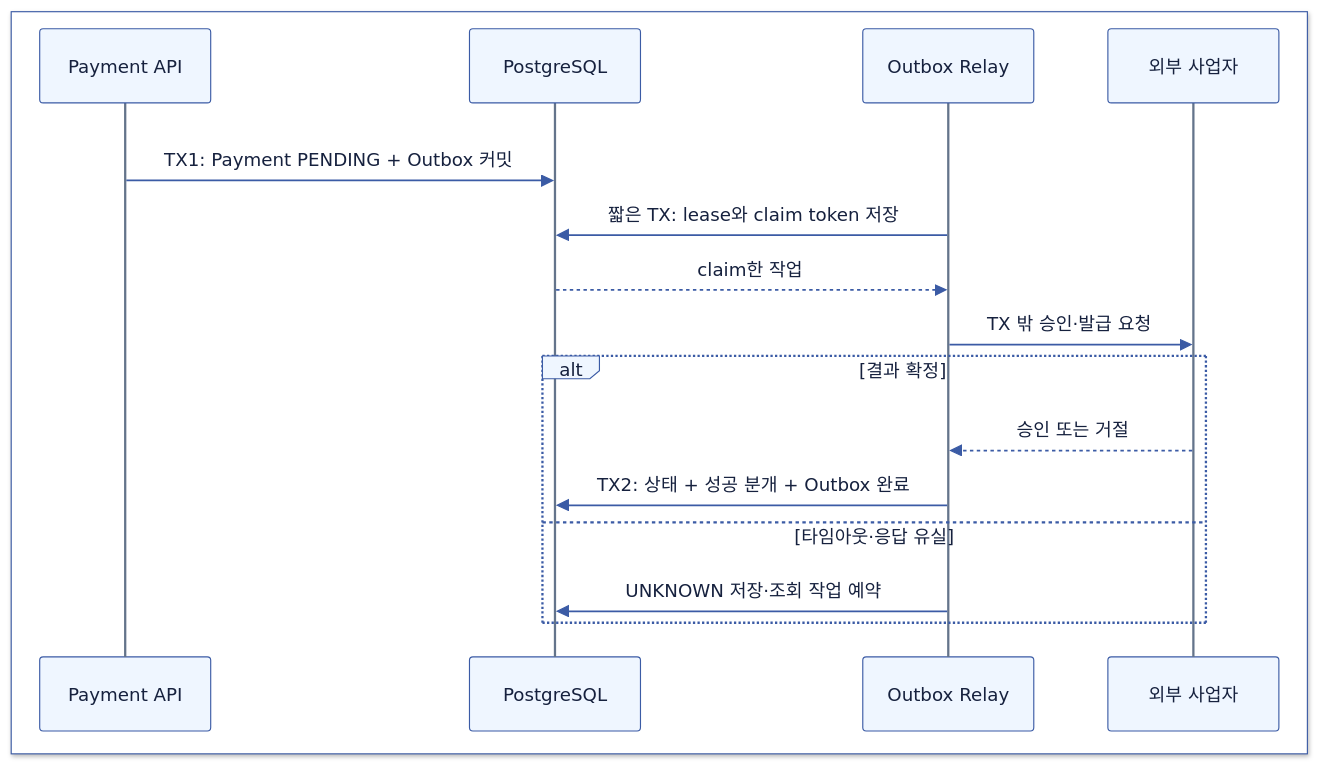
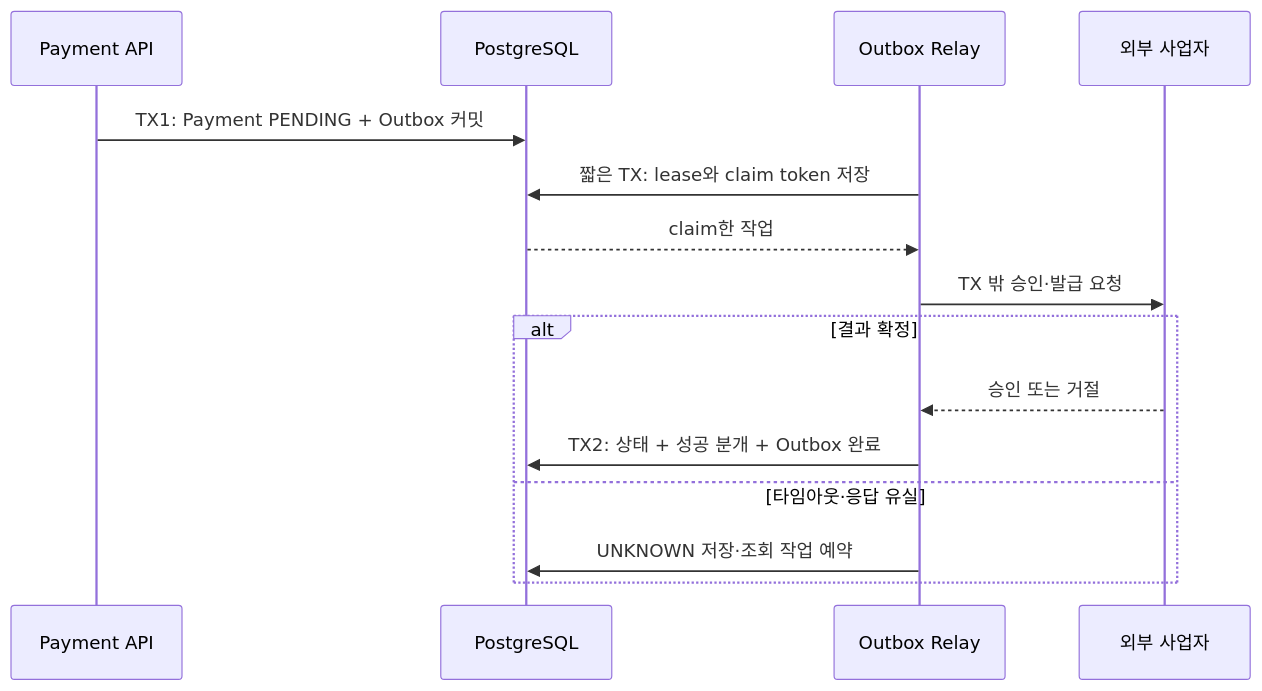
One commit to Hyune-s-lab/my-ai-study changed the diagram in computer-science/2608-payment-ledger-design.md. Above: the diagram before and after it, drawn with Mermaid. The commit also changed other lines of this file and 49 other files, not shown here.

Commit message:
docs: 단순 다이어그램은 Mermaid로, 복잡한 배치는 SVG로 정리

````diff
--- a/computer-science/2608-payment-ledger-design.md
+++ b/computer-science/2608-payment-ledger-design.md
@@ -196,22 +171,17 @@
 ```mermaid
 sequenceDiagram
-%%{init: {"theme": "base", "darkMode": false, "themeVariables": {"background": "#ffffff", "primaryColor": "#EFF6FF", "primaryTextColor": "#16213E", "primaryBorderColor": "#3B5BA5", "secondaryColor": "#F0FDF4", "tertiaryColor": "#FAF5FF", "lineColor": "#3B5BA5", "textColor": "#16213E", "edgeLabelBackground": "#ffffff", "actorBkg": "#EFF6FF", "actorBorder": "#3B5BA5", "actorTextColor": "#16213E", "signalColor": "#3B5BA5", "signalTextColor": "#16213E", "noteBkgColor": "#FFF7ED", "noteBorderColor": "#C98A2B", "noteTextColor": "#16213E", "labelBoxBkgColor": "#EFF6FF", "labelTextColor": "#16213E", "loopTextColor": "#16213E", "actorLineColor": "#64748B", "labelBoxBorderColor": "#3B5BA5"}}}%%
-  box rgb(255, 255, 255)
-    participant A as Payment API
-    participant D as PostgreSQL
-    participant R as Outbox Relay
-    participant P as 외부 사업자
-  end
-  rect rgb(255, 255, 255)
-    A->>D: TX1: Payment PENDING + Outbox 커밋
-    R->>D: 짧은 TX: lease와 claim token 저장
-    D-->>R: claim한 작업
-    R->>P: TX 밖 승인·발급 요청
-    alt 결과 확정
-      P-->>R: 승인 또는 거절
-      R->>D: TX2: 상태 + 성공 분개 + Outbox 완료
-    else 타임아웃·응답 유실
-      R->>D: UNKNOWN 저장·조회 작업 예약
-    end
+  participant A as Payment API
+  participant D as PostgreSQL
+  participant R as Outbox Relay
+  participant P as 외부 사업자
+  A->>D: TX1: Payment PENDING + Outbox 커밋
+  R->>D: 짧은 TX: lease와 claim token 저장
+  D-->>R: claim한 작업
+  R->>P: TX 밖 승인·발급 요청
+  alt 결과 확정
+    P-->>R: 승인 또는 거절
+    R->>D: TX2: 상태 + 성공 분개 + Outbox 완료
+  else 타임아웃·응답 유실
+    R->>D: UNKNOWN 저장·조회 작업 예약
   end
 ```
````
